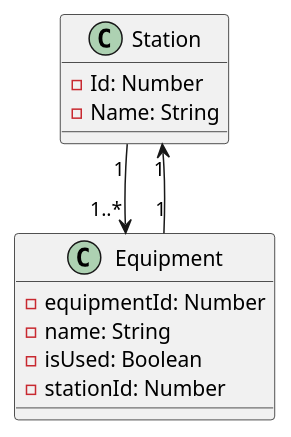
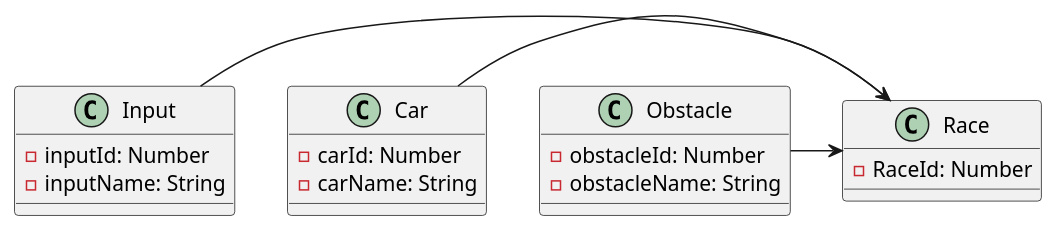
One commit to 2324-3bhif-teaching/Racemanagement changed the diagram in asciidocs/plantuml/classdiagram.plantuml. Above: the diagram before and after it, drawn with PlantUML. The commit also changed 1 other file, not shown here.

Commit message:
updated diagrams

```diff
--- a/asciidocs/plantuml/classdiagram.plantuml
+++ b/asciidocs/plantuml/classdiagram.plantuml
@@ -1,19 +1,25 @@
 @startuml
+class Race {
+    -RaceId: Number
+}
 
-class Station {
-    -Id: Number
-    -Name: String
+class Car {
+    -carId: Number
+    -carName: String
     
 }
 
-class Equipment {
-    -equipmentId: Number
-    -name: String
-    -isUsed: Boolean
-    -stationId: Number
+class Obstacle {
+    -obstacleId: Number
+    -obstacleName: String
 }
 
+class Input {
+    -inputId: Number
+    -inputName: String
+}
 
-Station "1" --> "1..*" Equipment
-Equipment "1" --> "1" Station
+Input->Race
+Car->Race
+Obstacle->Race
 @enduml
```
